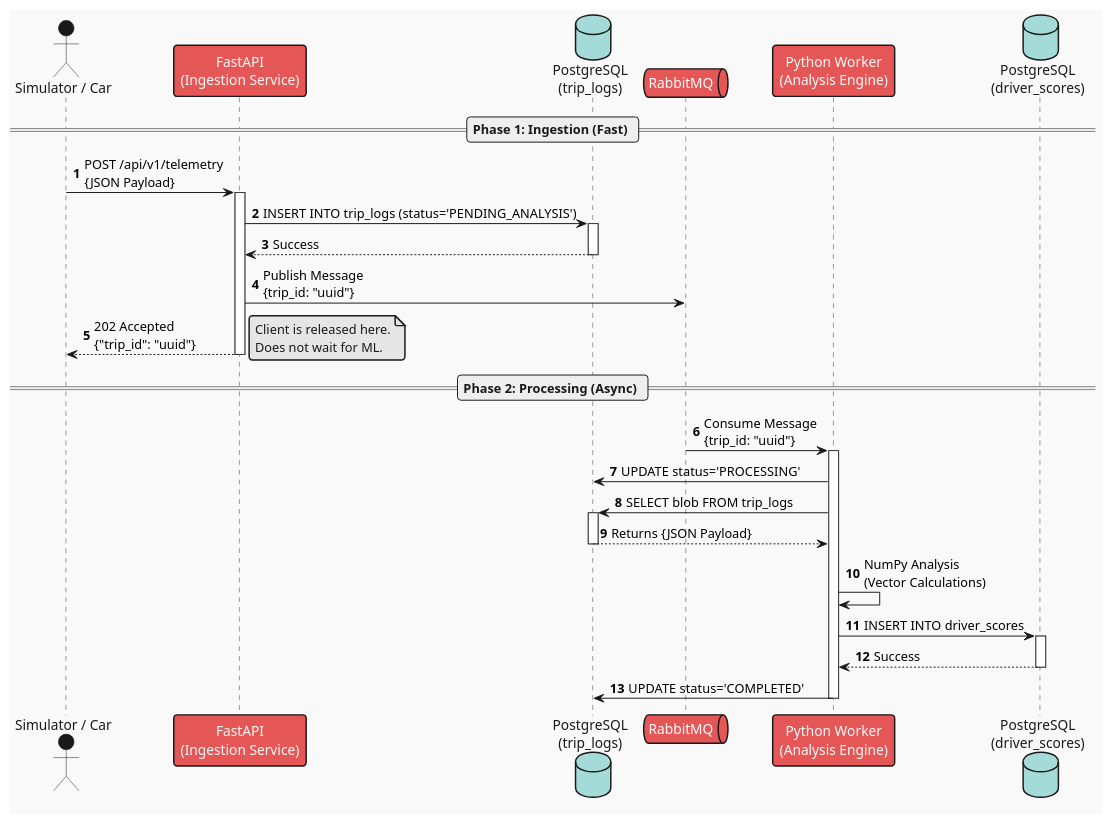
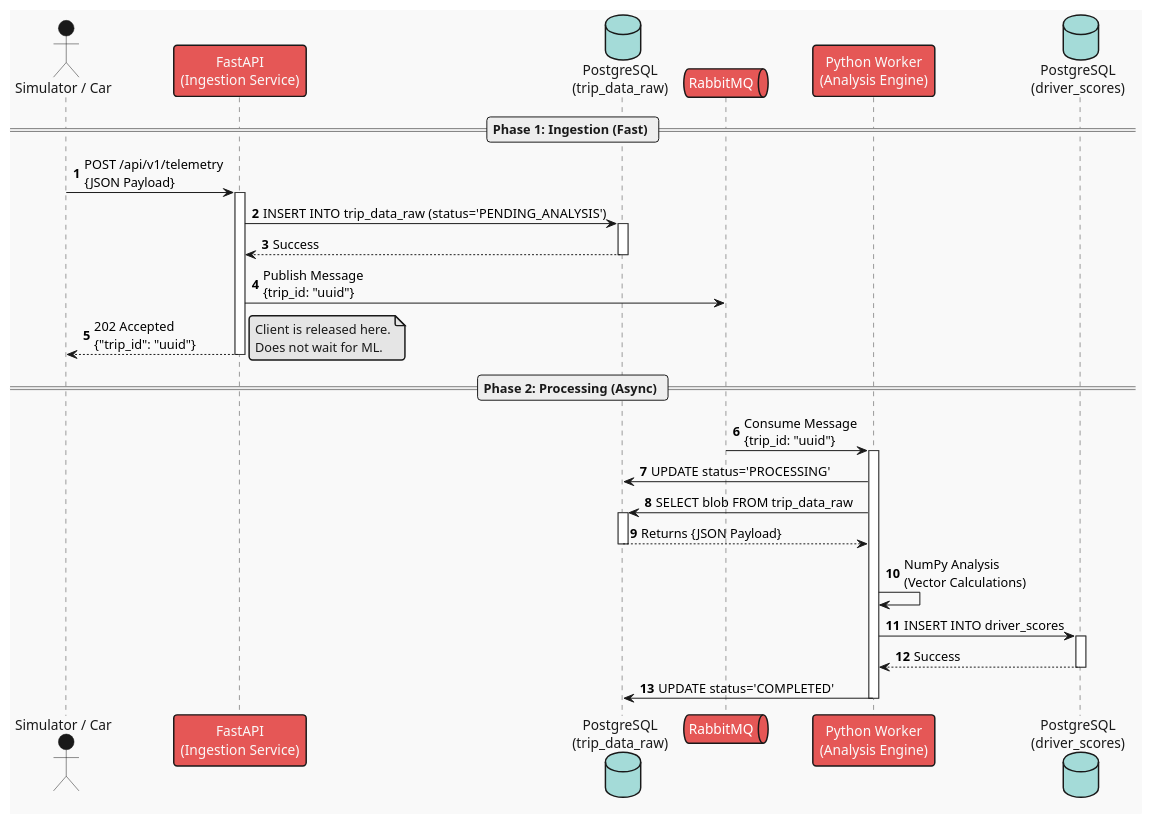
The diagram in documentation/architecture/telemetry_sequence.puml (Project-Be-Better/project-fleetflow), drawn with PlantUML before and after one commit. The commit also changed 5 other files, not shown here.

Commit message:
202531: Update ERD

```diff
--- a/documentation/architecture/telemetry_sequence.puml
+++ b/documentation/architecture/telemetry_sequence.puml
@@ -1,46 +1,46 @@
 @startuml
 !theme mars
 autonumber
 
 actor "Simulator / Car" as car
 participant "FastAPI\n(Ingestion Service)" as api
-database "PostgreSQL\n(trip_logs)" as db_raw
+database "PostgreSQL\n(trip_data_raw)" as db_raw
 queue "RabbitMQ" as mq
 participant "Python Worker\n(Analysis Engine)" as worker
 database "PostgreSQL\n(driver_scores)" as db_score
 
 == Phase 1: Ingestion (Fast) ==
 car -> api: POST /api/v1/telemetry\n{JSON Payload}
 activate api
 
-api -> db_raw: INSERT INTO trip_logs (status='PENDING_ANALYSIS')
+api -> db_raw: INSERT INTO trip_data_raw (status='PENDING_ANALYSIS')
 activate db_raw
 db_raw --> api: Success
 deactivate db_raw
 
 api -> mq: Publish Message\n{trip_id: "uuid"}
 api --> car: 202 Accepted\n{"trip_id": "uuid"}
 deactivate api
 note right: Client is released here.\nDoes not wait for ML.
 
 == Phase 2: Processing (Async) ==
 mq -> worker: Consume Message\n{trip_id: "uuid"}
 activate worker
 
 worker -> db_raw: UPDATE status='PROCESSING'
-worker -> db_raw: SELECT blob FROM trip_logs
+worker -> db_raw: SELECT blob FROM trip_data_raw
 activate db_raw
 db_raw --> worker: Returns {JSON Payload}
 deactivate db_raw
 
 worker -> worker: NumPy Analysis\n(Vector Calculations)
 
 worker -> db_score: INSERT INTO driver_scores
 activate db_score
 db_score --> worker: Success
 deactivate db_score
 
 worker -> db_raw: UPDATE status='COMPLETED'
 deactivate worker
 
 @enduml
```
